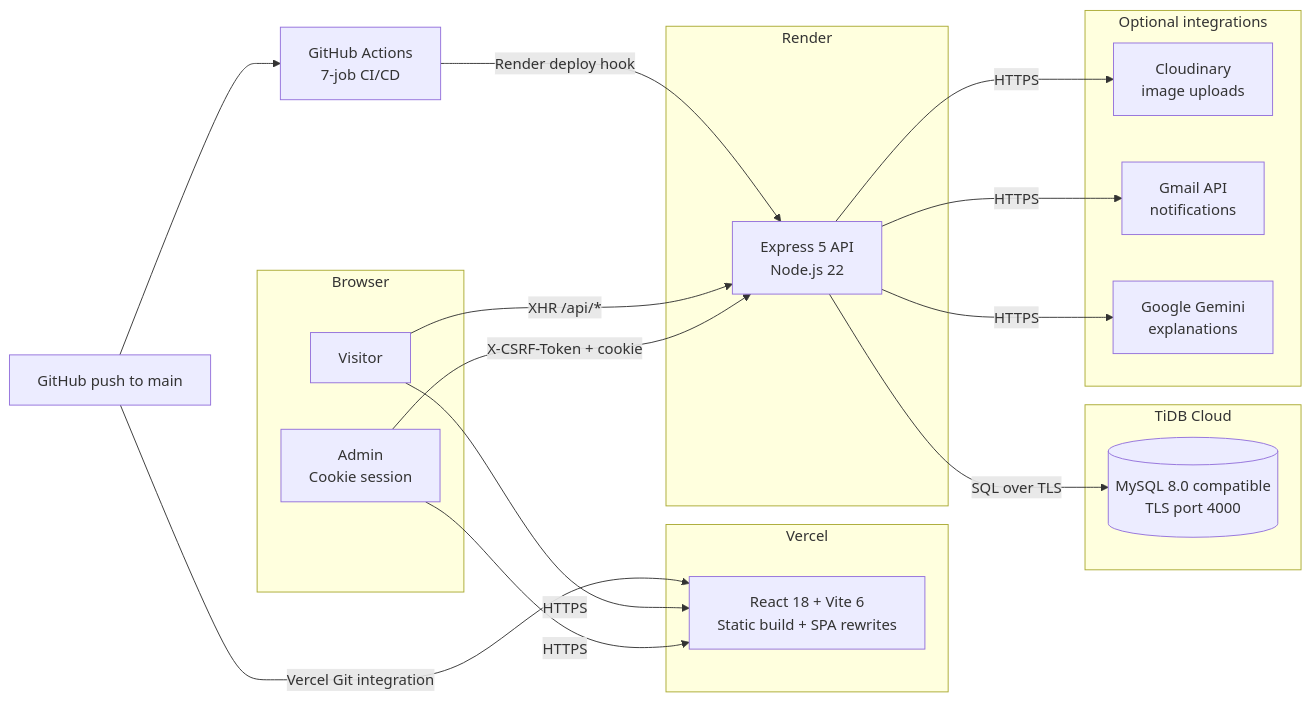
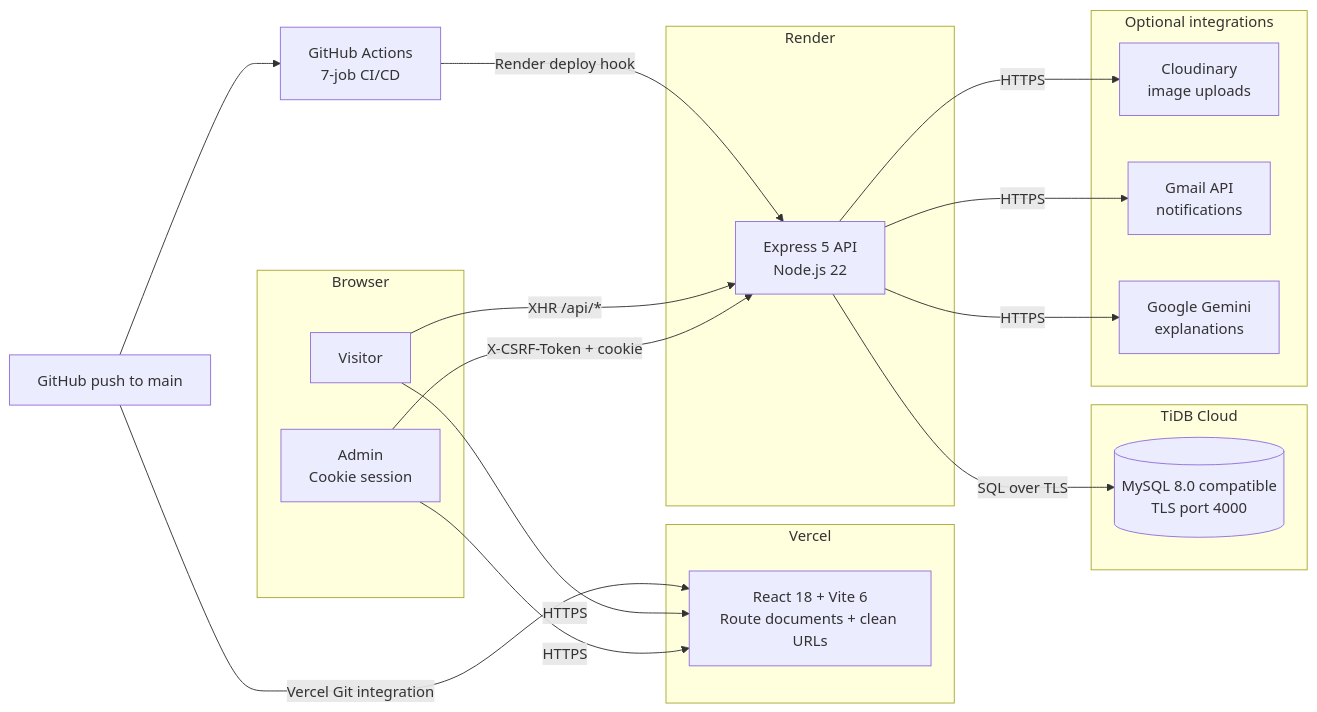
Before and after one commit to zqf20096327/dbhub_collect: the first of 2 diagrams in data/readmes/mayuresh-2601__MK-PORTFOLIO.md, drawn with Mermaid. The commit also changed other lines of this file and 817 other files, not shown here.

````diff
--- a/data/readmes/mayuresh-2601__MK-PORTFOLIO.md
+++ b/data/readmes/mayuresh-2601__MK-PORTFOLIO.md
@@ -222,38 +236,38 @@
 ```mermaid
 flowchart LR
     subgraph Browser["Browser"]
         U["Visitor"]
         A["Admin<br/>Cookie session"]
     end
 
     subgraph Frontend["Vercel"]
-        V["React 18 + Vite 6<br/>Static build + SPA rewrites"]
+        V["React 18 + Vite 6<br/>Route documents + clean URLs"]
     end
 
     subgraph Backend["Render"]
         R["Express 5 API<br/>Node.js 22"]
     end
 
     subgraph Data["TiDB Cloud"]
         D[("MySQL 8.0 compatible<br/>TLS port 4000")]
     end
 
     subgraph Optional["Optional integrations"]
         C["Cloudinary<br/>image uploads"]
         G["Gmail API<br/>notifications"]
         AI["Google Gemini<br/>explanations"]
     end
 
     GH["GitHub push to main"] -->|"Vercel Git integration"| V
     GH --> CI["GitHub Actions<br/>7-job CI/CD"]
     CI -->|"Render deploy hook"| R
 
     U -->|HTTPS| V
     A -->|HTTPS| V
     U -->|"XHR /api/*"| R
     A -->|"X-CSRF-Token + cookie"| R
     R -->|"SQL over TLS"| D
     R -->|"HTTPS"| C
     R -->|"HTTPS"| G
     R -->|"HTTPS"| AI
 ```
````
